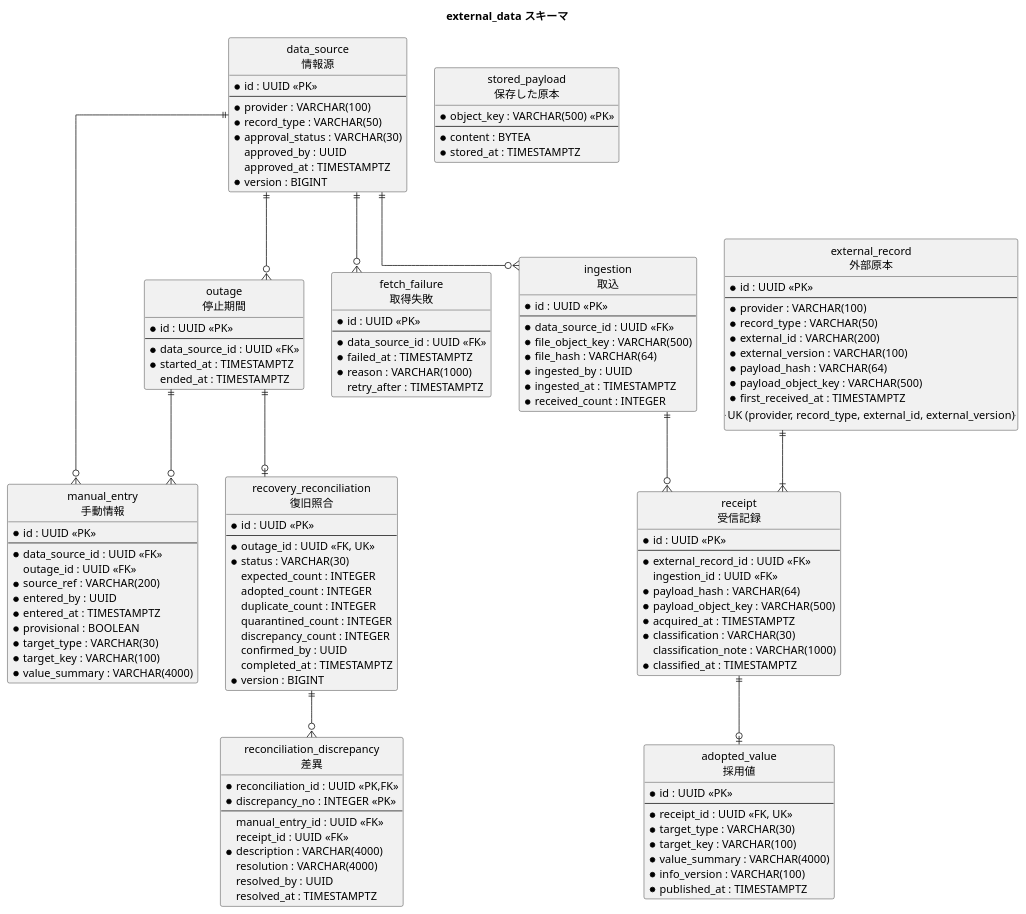
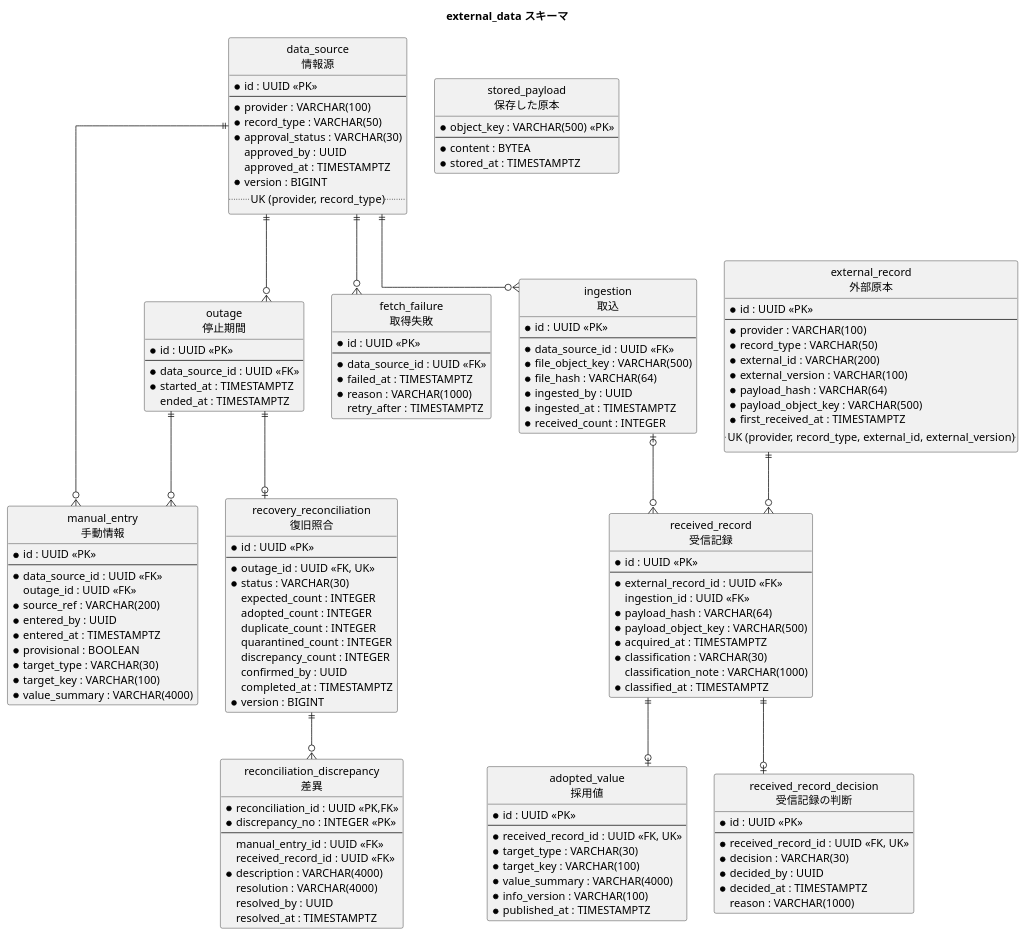
Before and after one commit to k2works/practical-domain-driven-design-in-enterpris-application: the eighth of 8 diagrams in docs/design/cargo-tracker/data_model.md, drawn with PlantUML. The commit also changed other lines of this file and 4 other files, not shown here.

```diff
--- a/docs/design/cargo-tracker/data_model.md
+++ b/docs/design/cargo-tracker/data_model.md
@@ -1006,6 +1006,7 @@
   approved_by : UUID
   approved_at : TIMESTAMPTZ
   * version : BIGINT
+  .. UK (provider, record_type) ..
 }
 entity "ingestion\n取込" as ing {
   * id : UUID <<PK>>
@@ -1035,7 +1036,7 @@
   * content : BYTEA
   * stored_at : TIMESTAMPTZ
 }
-entity "receipt\n受信記録" as rc {
+entity "received_record\n受信記録" as rc {
   * id : UUID <<PK>>
   --
   * external_record_id : UUID <<FK>>
@@ -1047,10 +1048,19 @@
   classification_note : VARCHAR(1000)
   * classified_at : TIMESTAMPTZ
 }
+entity "received_record_decision\n受信記録の判断" as rcd {
+  * id : UUID <<PK>>
+  --
+  * received_record_id : UUID <<FK, UK>>
+  * decision : VARCHAR(30)
+  * decided_by : UUID
+  * decided_at : TIMESTAMPTZ
+  reason : VARCHAR(1000)
+}
 entity "adopted_value\n採用値" as av {
   * id : UUID <<PK>>
   --
-  * receipt_id : UUID <<FK, UK>>
+  * received_record_id : UUID <<FK, UK>>
   * target_type : VARCHAR(30)
   * target_key : VARCHAR(100)
   * value_summary : VARCHAR(4000)
@@ -1096,7 +1106,7 @@
   * discrepancy_no : INTEGER <<PK>>
   --
   manual_entry_id : UUID <<FK>>
-  receipt_id : UUID <<FK>>
+  received_record_id : UUID <<FK>>
   * description : VARCHAR(4000)
   resolution : VARCHAR(4000)
   resolved_by : UUID
@@ -1111,8 +1121,9 @@
   retry_after : TIMESTAMPTZ
 }
 ds ||--o{ ing
-ing ||--o{ rc
-er ||--|{ rc
+ing |o--o{ rc
+er ||--o{ rc
+rc ||--o| rcd
 rc ||--o| av
 ds ||--o{ og
 ds ||--o{ me
```
